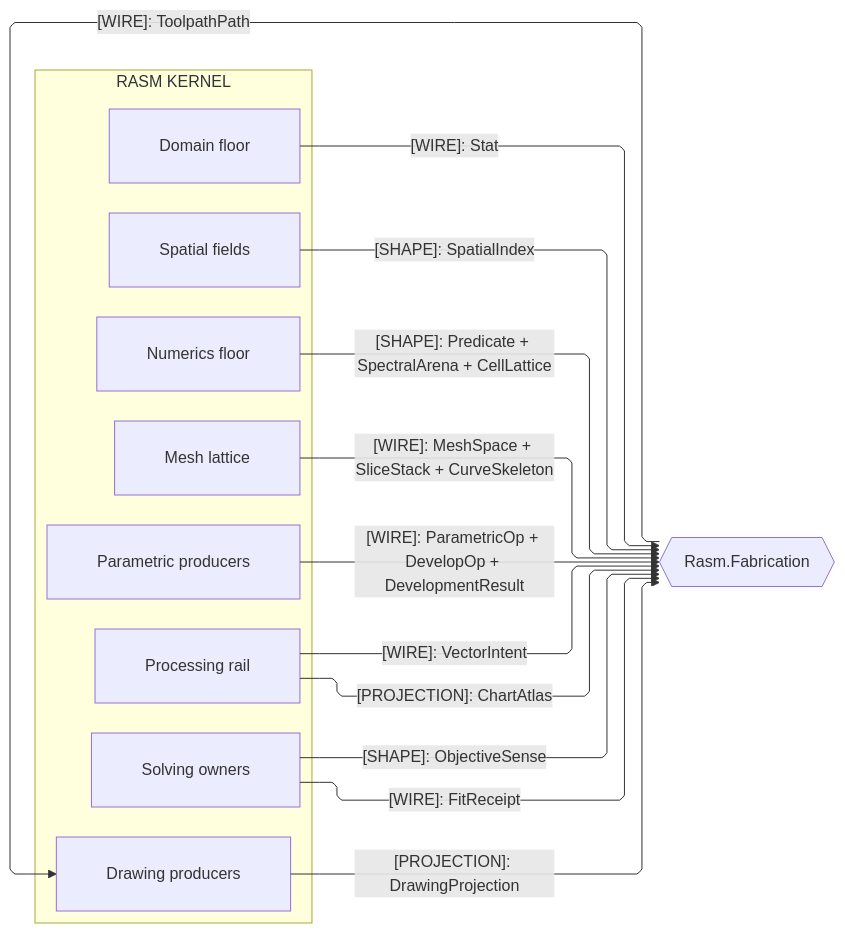
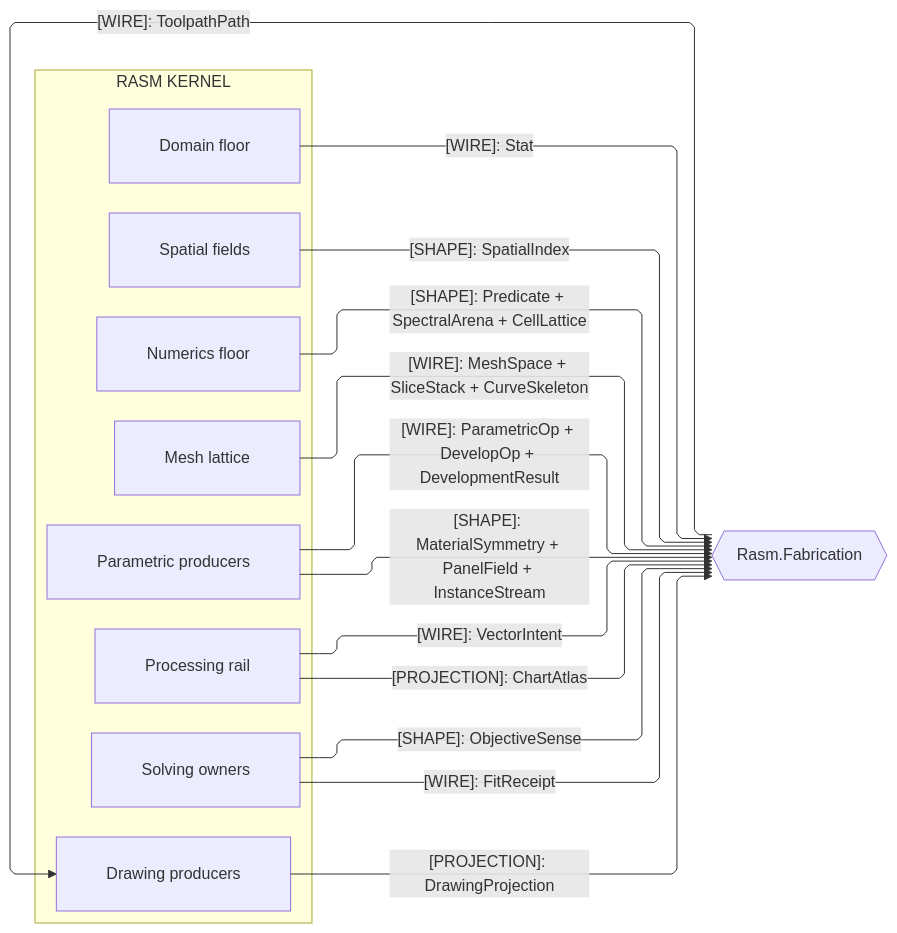
One commit to bsamiee/Rasm changed the third of 4 diagrams in libs/dotnet/Rasm/ARCHITECTURE.md. Above: the diagram before and after it, drawn with Mermaid. The commit also changed other lines of this file and 167 other files, not shown here.

````diff
--- a/libs/dotnet/Rasm/ARCHITECTURE.md
+++ b/libs/dotnet/Rasm/ARCHITECTURE.md
@@ -246,34 +246,35 @@
 ```mermaid
 ---
 config:
   layout: elk
   flowchart:
     curve: linear
     padding: 25
 ---
 flowchart LR
     accTitle: Kernel fabrication seams
     accDescr: Kernel owners projecting substrate, algorithm, and drawing shapes to the fabrication peer and reading its posted toolpath pack back.
     subgraph rasm[RASM KERNEL]
         Domain[Domain floor]
         Spatial[Spatial fields]
         Numerics[Numerics floor]
         Meshing[Mesh lattice]
         Parametric[Parametric producers]
         Processing[Processing rail]
         Solving[Solving owners]
         Drawing[Drawing producers]
     end
     Fabrication{{Rasm.Fabrication}}
     Domain e1@-->|"[WIRE]: Stat"| Fabrication
     Spatial e2@-->|"[SHAPE]: SpatialIndex"| Fabrication
     Numerics e3@-->|"[SHAPE]: Predicate + SpectralArena + CellLattice"| Fabrication
     Meshing e4@-->|"[WIRE]: MeshSpace + SliceStack + CurveSkeleton"| Fabrication
     Parametric e5@-->|"[WIRE]: ParametricOp + DevelopOp + DevelopmentResult"| Fabrication
+    Parametric e12@-->|"[SHAPE]: MaterialSymmetry + PanelField + InstanceStream"| Fabrication
     Processing e6@-->|"[WIRE]: VectorIntent"| Fabrication
     Processing e7@-->|"[PROJECTION]: ChartAtlas"| Fabrication
     Solving e8@-->|"[SHAPE]: ObjectiveSense"| Fabrication
     Solving e9@-->|"[WIRE]: FitReceipt"| Fabrication
     Drawing e10@-->|"[PROJECTION]: DrawingProjection"| Fabrication
     Fabrication e11@-->|"[WIRE]: ToolpathPath"| Drawing
 ```
````
